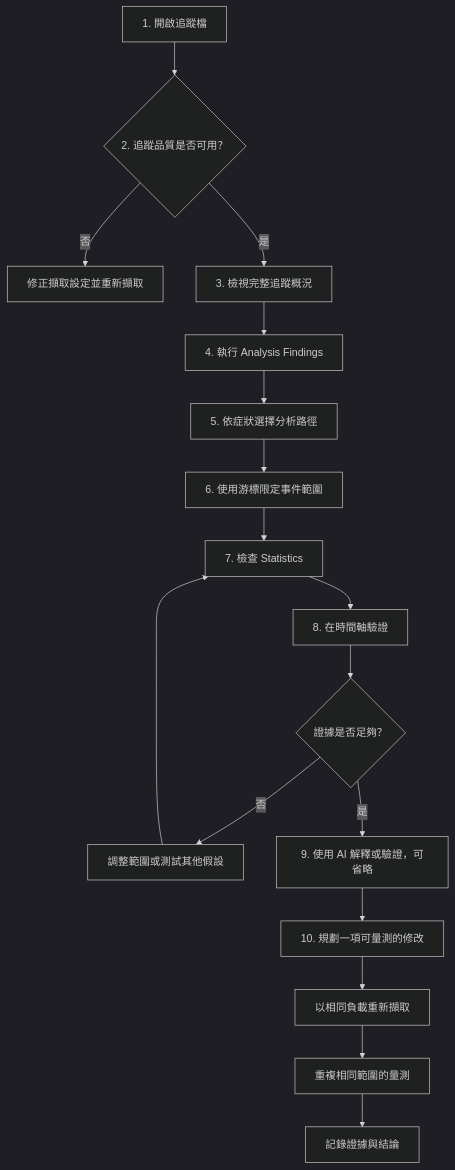
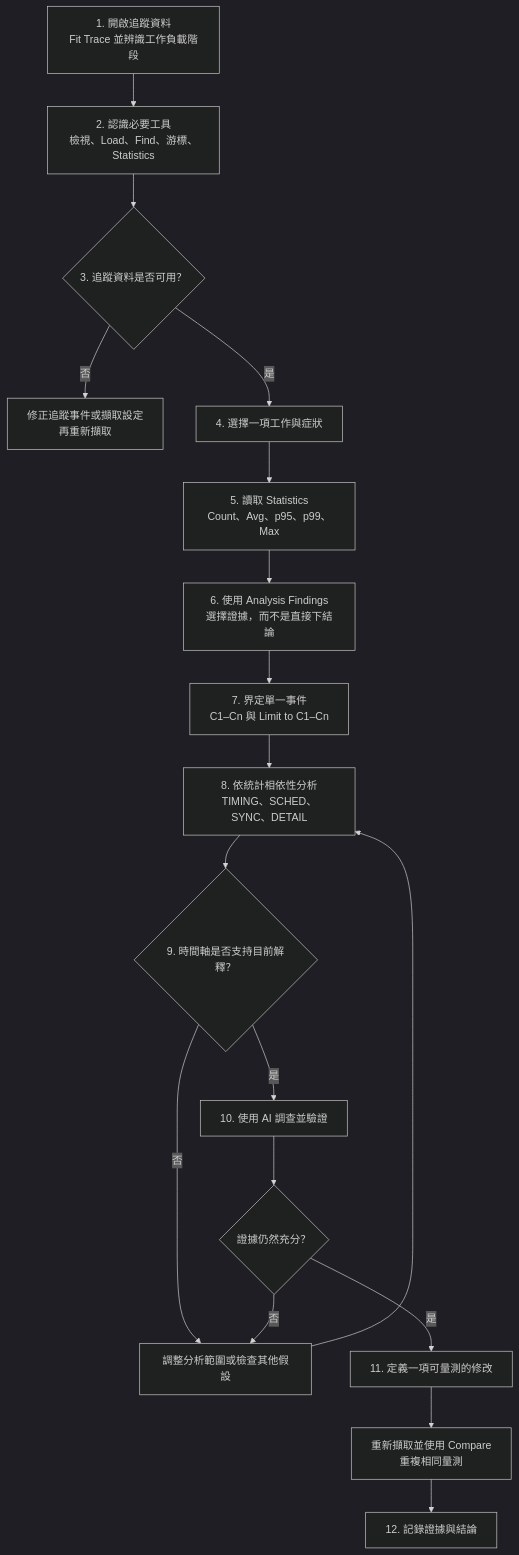
One commit to kuopinghsu/FreeRTOS-BTF-Trace changed the first of 6 diagrams in BTFViewer/WORKFLOWS_zh-TW.md. Above: the diagram before and after it, drawn with Mermaid (dark theme). The commit also changed other lines of this file and 112 other files, not shown here.

````diff
--- a/BTFViewer/WORKFLOWS_zh-TW.md
+++ b/BTFViewer/WORKFLOWS_zh-TW.md
@@ -15,19 +5,20 @@
 ```mermaid
 flowchart TD
-  open["1. 開啟追蹤檔"] --> health{"2. 追蹤品質是否可用？"}
-  health -- 否 --> recapture["修正擷取設定並重新擷取"]
-  health -- 是 --> overview["3. 檢視完整追蹤概況"]
-  overview --> triage["4. 執行 Analysis Findings"]
-  triage --> route["5. 依症狀選擇分析路徑"]
-  route --> scope["6. 使用游標限定事件範圍"]
-  scope --> measure["7. 檢查 Statistics"]
-  measure --> timeline["8. 在時間軸驗證"]
-  timeline --> evidence{"證據是否足夠？"}
-  evidence -- 否 --> refine["調整範圍或測試其他假設"]
-  refine --> measure
-  evidence -- 是 --> explain["9. 使用 AI 解釋或驗證，可省略"]
-  explain --> change["10. 規劃一項可量測的修改"]
-  change --> recapture2["以相同負載重新擷取"]
-  recapture2 --> remeasure["重複相同範圍的量測"]
-  remeasure --> close["記錄證據與結論"]
+  open["1. 開啟追蹤資料<br/>Fit Trace 並辨識工作負載階段"] --> tools["2. 認識必要工具<br/>檢視、Load、Find、游標、Statistics"]
+  tools --> quality{"3. 追蹤資料是否可用？"}
+  quality -->|否| recapture["修正追蹤事件或擷取設定<br/>再重新擷取"]
+  quality -->|是| task["4. 選擇一項工作與症狀"]
+  task --> stats["5. 讀取 Statistics<br/>Count、Avg、p95、p99、Max"]
+  stats --> triage["6. 使用 Analysis Findings<br/>選擇證據，而不是直接下結論"]
+  triage --> scope["7. 界定單一事件<br/>C1–Cn 與 Limit to C1–Cn"]
+  scope --> dependency["8. 依統計相依性分析<br/>TIMING、SCHED、SYNC、DETAIL"]
+  dependency --> timeline{"9. 時間軸是否支持目前解釋？"}
+  timeline -->|否| refine["調整分析範圍或檢查其他假設"]
+  refine --> dependency
+  timeline -->|是| ai["10. 使用 AI 調查並驗證"]
+  ai --> verify{"證據仍然充分？"}
+  verify -->|否| refine
+  verify -->|是| change["11. 定義一項可量測的修改"]
+  change --> compare["重新擷取並使用 Compare<br/>重複相同量測"]
+  compare --> record["12. 記錄證據與結論"]
 ```
````
